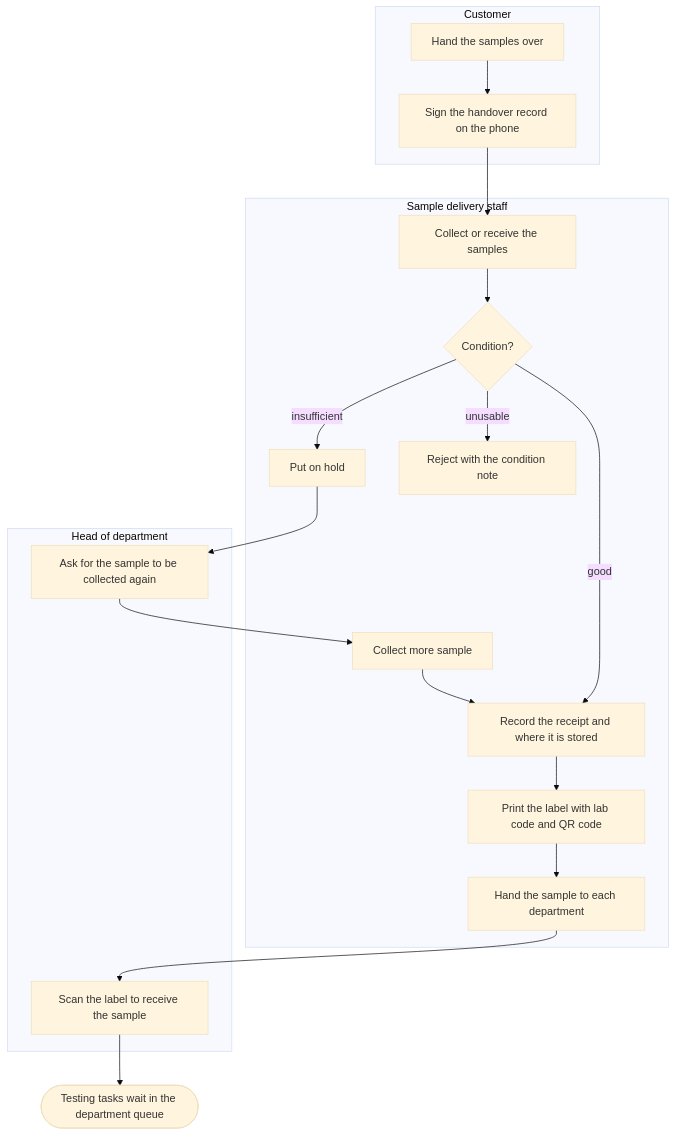
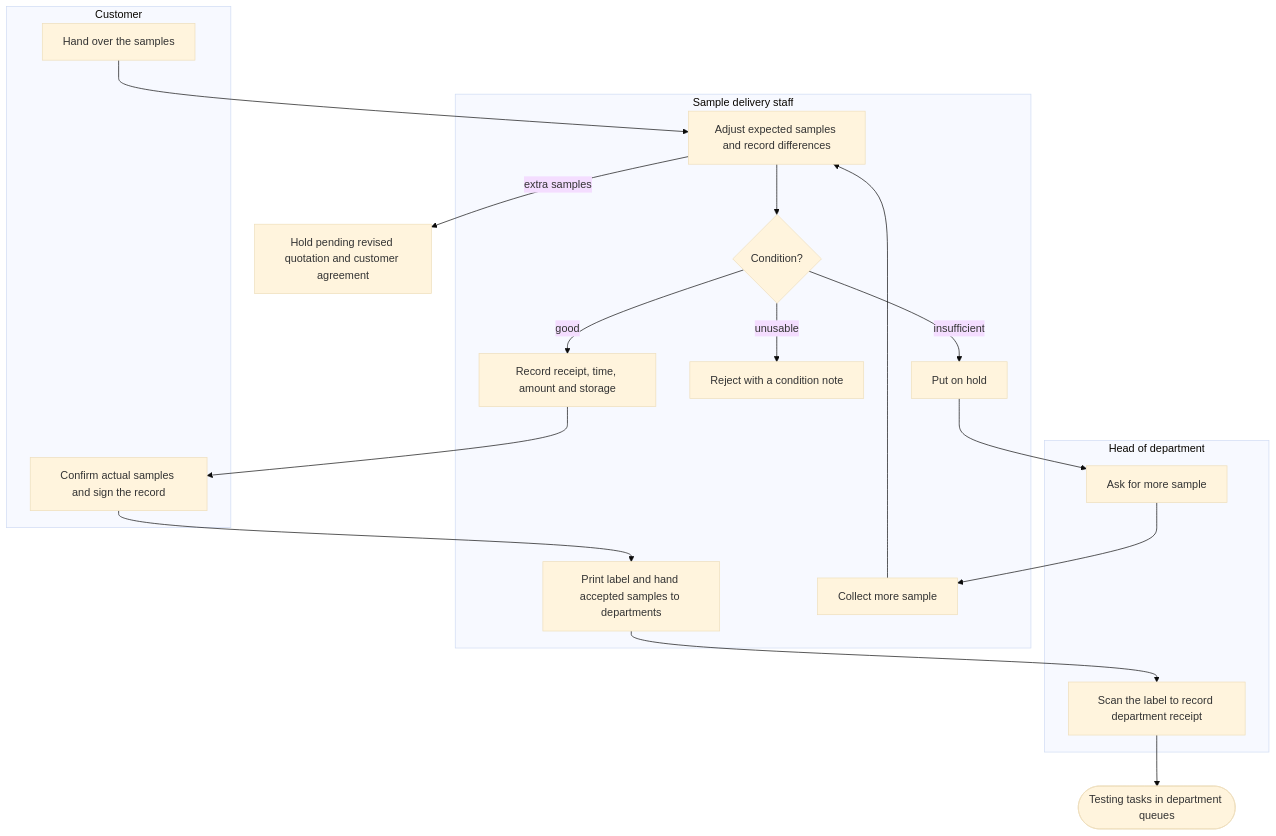
One commit to SoltuneMontepre/medilab changed the second of 16 diagrams in docs/functional/business-flows.md. Above: the diagram before and after it, drawn with Mermaid (base theme). The commit also changed other lines of this file and 30 other files, not shown here.

````diff
--- a/docs/functional/business-flows.md
+++ b/docs/functional/business-flows.md
@@ -102,22 +107,23 @@
 ```mermaid
 flowchart TD
     subgraph lane5 ["Customer"]
-        c1[Hand the samples over] --> c2[Sign the handover record on the phone]
+        c1[Hand over the samples]
+        c2[Confirm actual samples and sign the record]
     end
     subgraph lane6 ["Sample delivery staff"]
-        d1[Collect or receive the samples] --> d2{Condition?}
-        d2 -->|good| d3[Record the receipt and where it is stored]
-        d3 --> d4[Print the label with lab code and QR code]
-        d4 --> d5[Hand the sample to each department]
-        d2 -->|unusable| d6[Reject with the condition note]
+        d1[Adjust expected samples and record differences] --> d2{Condition?}
+        d2 -->|good| d3[Record receipt, time, amount and storage]
+        d2 -->|unusable| d6[Reject with a condition note]
         d2 -->|insufficient| d7[Put on hold]
+        d4[Print label and hand accepted samples to departments]
         d8[Collect more sample]
     end
     subgraph lane7 ["Head of department"]
-        h1[Ask for the sample to be collected again]
-        h2[Scan the label to receive the sample]
+        h1[Ask for more sample]
+        h2[Scan the label to record department receipt]
     end
-    c2 --> d1
-    d7 --> h1 --> d8 --> d3
-    d5 --> h2 --> done([Testing tasks wait in the department queue])
+    c1 --> d1
+    d3 --> c2 --> d4 --> h2 --> done([Testing tasks in department queues])
+    d7 --> h1 --> d8 --> d1
+    d1 -->|extra samples| pending[Hold pending revised quotation and customer agreement]
 ```
````
